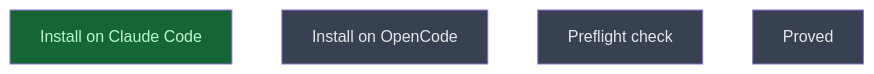
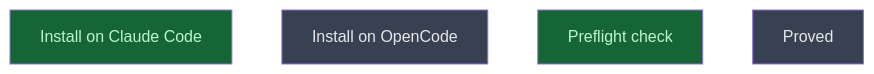
Before and after one commit to CrackingShells/Candler: the diagram in __roadmap__/m6_5-agent-config/installed/README.md, drawn with Mermaid. The commit also changed other lines of this file and 1 other file, not shown here.

Commit message:
rdm(api): mark the M6.5 harness check done

````diff
--- a/__roadmap__/m6_5-agent-config/installed/README.md
+++ b/__roadmap__/m6_5-agent-config/installed/README.md
@@ -17,12 +17,12 @@
 ```mermaid
 graph TD
     install_claude_code[Install on Claude Code]:::done
     install_opencode[Install on OpenCode]:::planned
-    preflight_check[Preflight check]:::planned
+    preflight_check[Preflight check]:::done
     proved[Proved]:::planned
     classDef done       fill:#166534,color:#bbf7d0
     classDef inprogress fill:#854d0e,color:#fef08a
     classDef planned    fill:#374151,color:#e5e7eb
     classDef amendment  fill:#1e3a5f,color:#bfdbfe
     classDef blocked    fill:#7f1d1d,color:#fecaca
 ```
````
